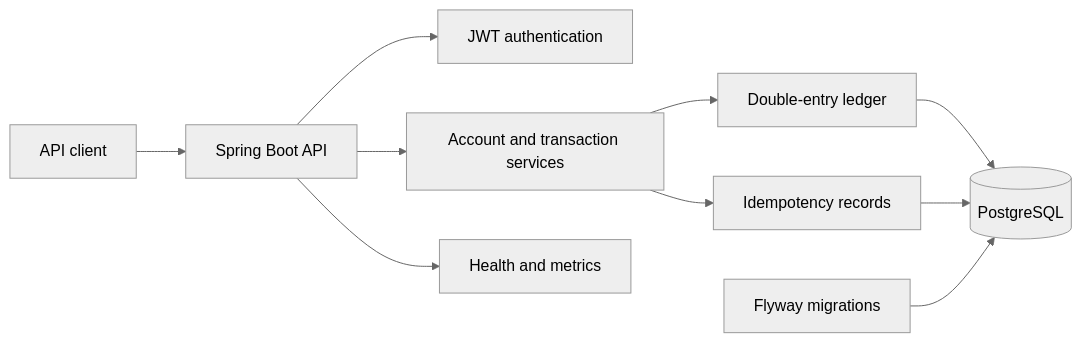
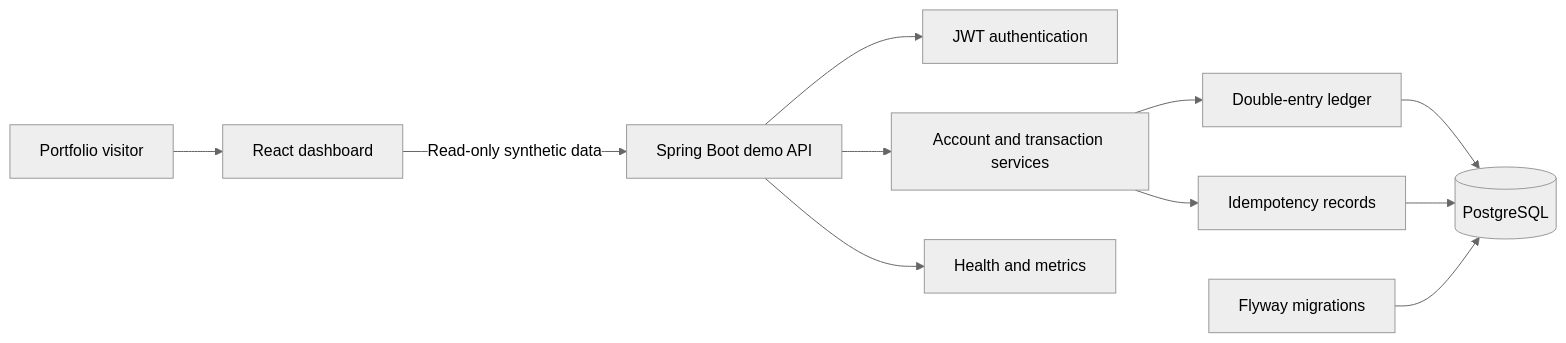
The first of 2 diagrams in README.md (Priyadharsan-85/VaultStream), drawn with Mermaid (neutral theme) before and after one commit. The commit also changed other lines of this file and 16 other files, not shown here.

Commit message:
feat: build React ledger demo dashboard

````diff
--- a/README.md
+++ b/README.md
@@ -36,12 +36,13 @@
 ```mermaid
 flowchart LR
-    Client[API client] --> API[Spring Boot API]
+    Visitor[Portfolio visitor] --> Dashboard[React dashboard]
+    Dashboard -->|Read-only synthetic data| API[Spring Boot demo API]
     API --> Auth[JWT authentication]
     API --> Services[Account and transaction services]
     Services --> Ledger[Double-entry ledger]
     Services --> Idempotency[Idempotency records]
     Ledger --> DB[(PostgreSQL)]
     Idempotency --> DB
     Migrate[Flyway migrations] --> DB
     API --> Monitoring[Health and metrics]
 ```
````
